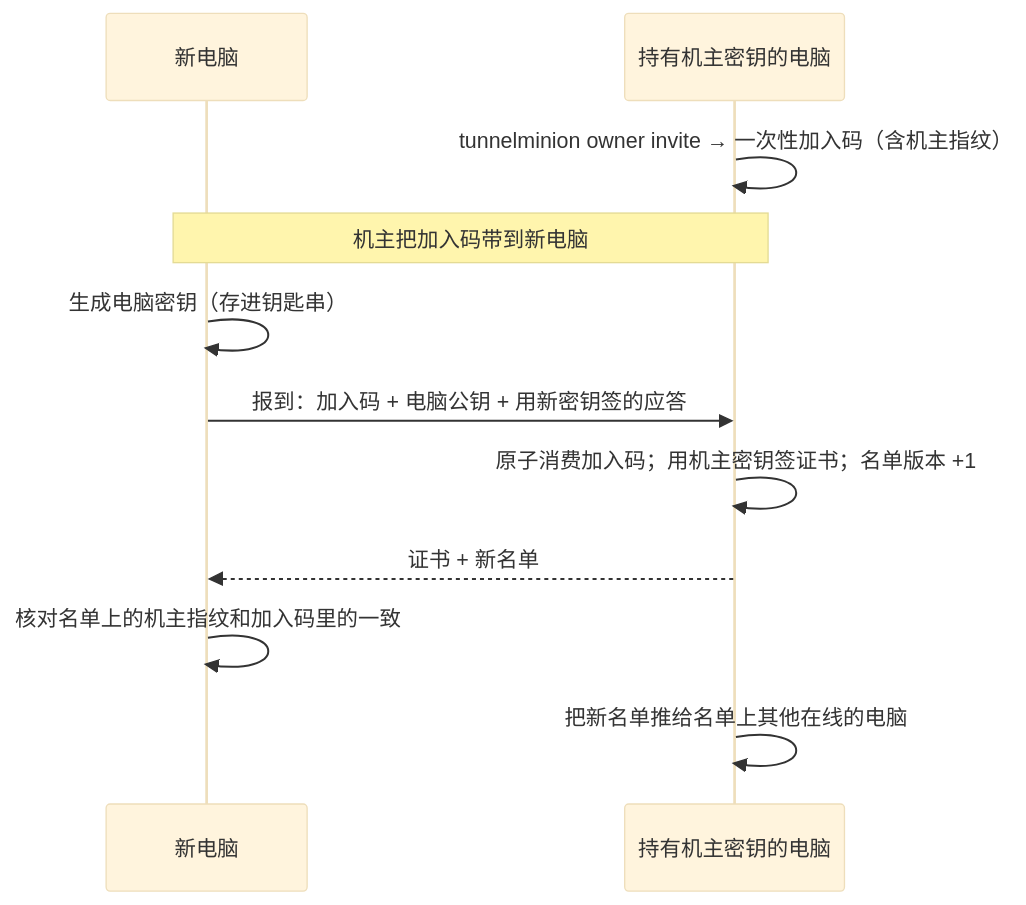
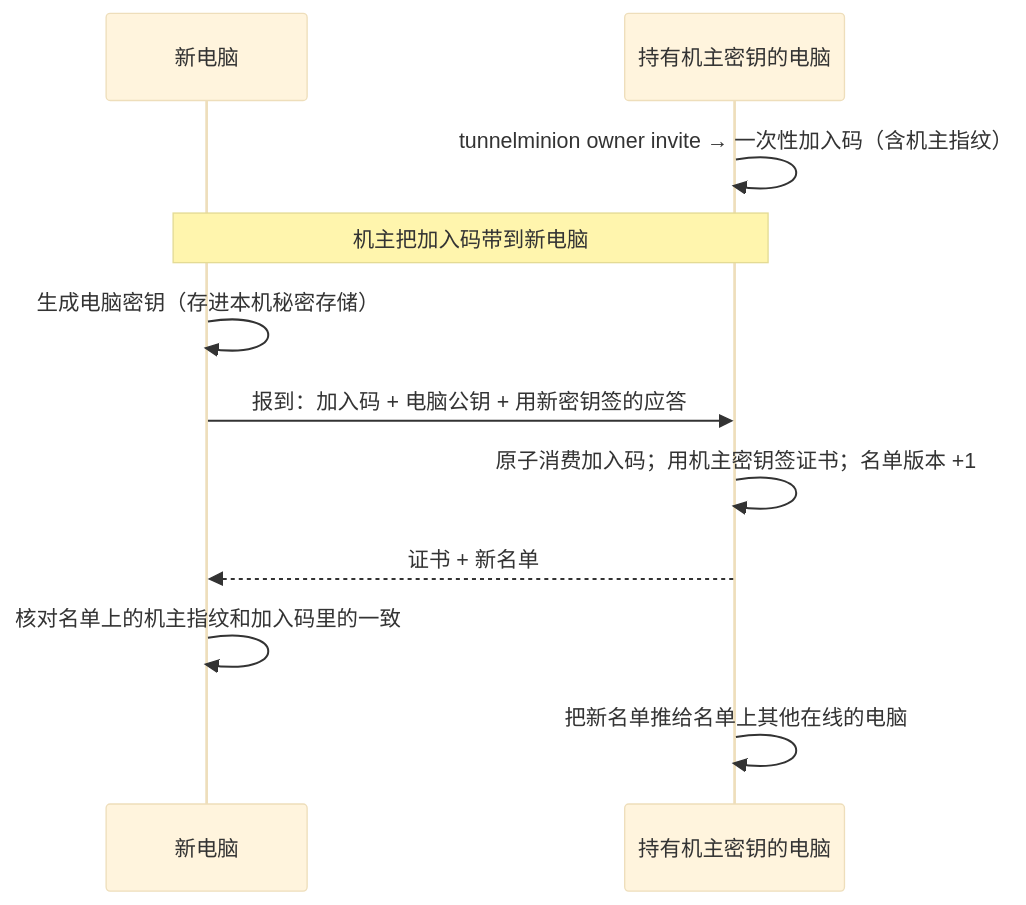
Before and after one commit to Sugarfarmeriod/TunnelMinion: the third of 3 diagrams in docs/design/owner-identity.md, drawn with Mermaid (base theme). The commit also changed other lines of this file and 18 other files, not shown here.

````diff
--- a/docs/design/owner-identity.md
+++ b/docs/design/owner-identity.md
@@ -99,13 +99,13 @@
 ```mermaid
 sequenceDiagram
     participant N as 新电脑
     participant O as 持有机主密钥的电脑
     O->>O: tunnelminion owner invite → 一次性加入码（含机主指纹）
     Note over O,N: 机主把加入码带到新电脑
-    N->>N: 生成电脑密钥（存进钥匙串）
+    N->>N: 生成电脑密钥（存进本机秘密存储）
     N->>O: 报到：加入码 + 电脑公钥 + 用新密钥签的应答
     O->>O: 原子消费加入码；用机主密钥签证书；名单版本 +1
     O-->>N: 证书 + 新名单
     N->>N: 核对名单上的机主指纹和加入码里的一致
     O->>O: 把新名单推给名单上其他在线的电脑
 ```
````
